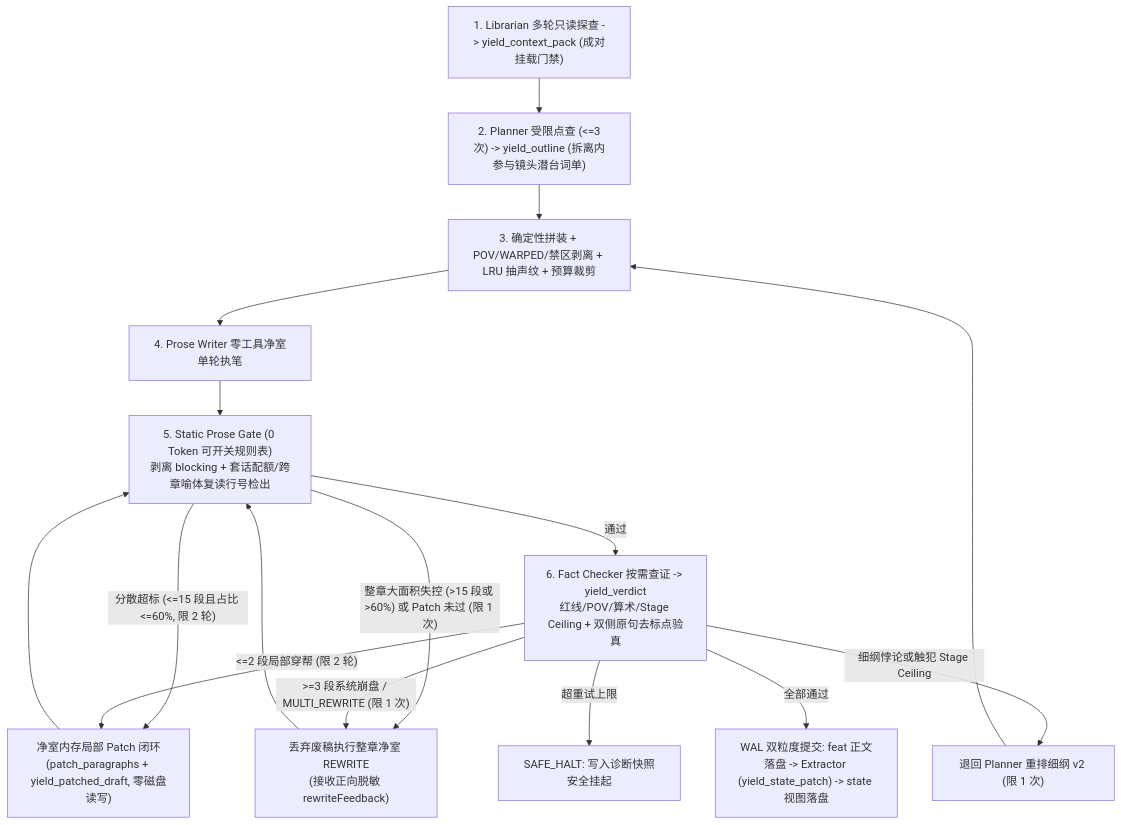
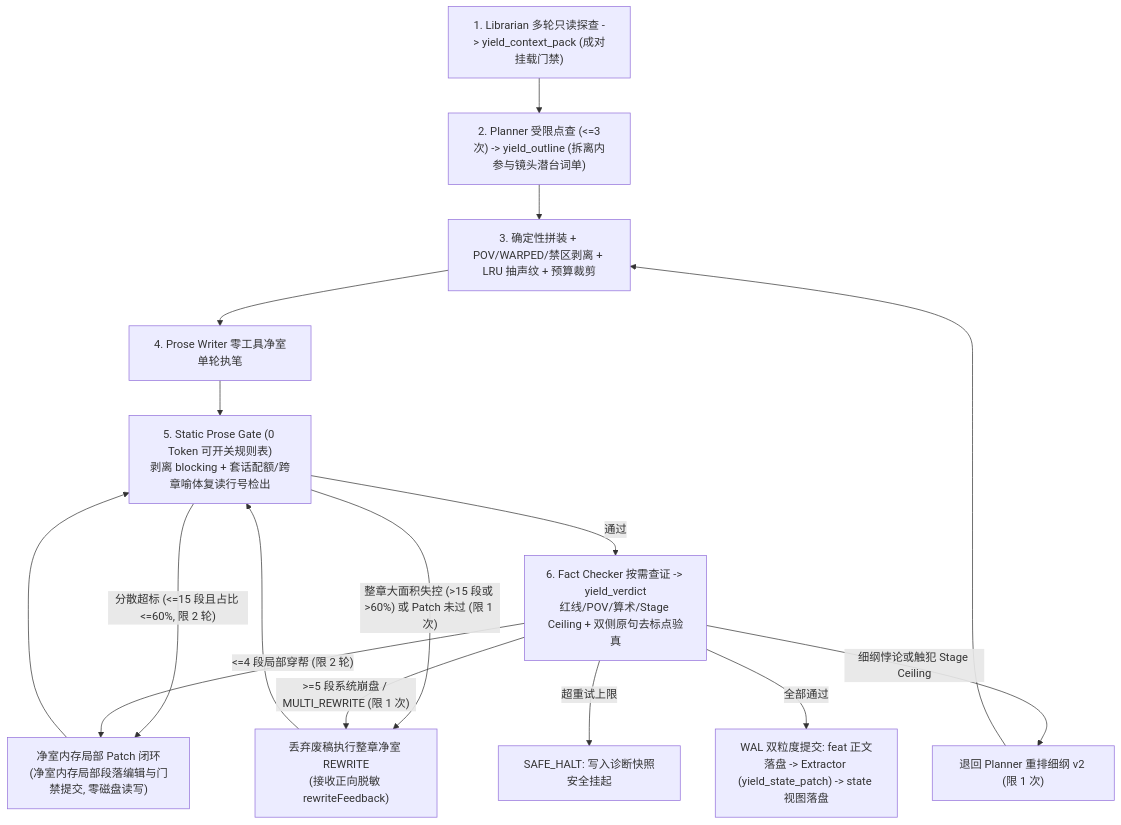
The second of 2 diagrams in docs/ARCHITECTURE.md (Liushenwuzhu-Alpaca/NarrateOS), drawn with Mermaid before and after one commit. The commit also changed other lines of this file and 22 other files, not shown here.

````diff
--- a/docs/ARCHITECTURE.md
+++ b/docs/ARCHITECTURE.md
@@ -239,18 +239,18 @@
 ```mermaid
 flowchart TD
     L["1. Librarian 多轮只读探查 -> yield_context_pack (成对挂载门禁)"] --> P["2. Planner 受限点查 (<=3次) -> yield_outline (拆离内参与镜头潜台词单)"]
     P --> K["3. 确定性拼装 + POV/WARPED/禁区剥离 + LRU 抽声纹 + 预算裁剪"]
     K --> W["4. Prose Writer 零工具净室单轮执笔"]
     W --> G["5. Static Prose Gate (0 Token 可开关规则表)<br/>剥离 blocking + 套话配额/跨章喻体复读行号检出"]
-    G -- "分散超标 (<=15 段且占比 <=60%, 限 2 轮)" --> Patch["净室内存局部 Patch 闭环<br/>(patch_paragraphs + yield_patched_draft, 零磁盘读写)"]
+    G -- "分散超标 (<=15 段且占比 <=60%, 限 2 轮)" --> Patch["净室内存局部 Patch 闭环<br/>(净室内存局部段落编辑与门禁提交, 零磁盘读写)"]
     G -- "整章大面积失控 (>15 段或 >60%) 或 Patch 未过 (限 1 次)" --> Rewrite["丢弃废稿执行整章净室 REWRITE<br/>(接收正向脱敏 rewriteFeedback)"]
     G -- "通过" --> C["6. Fact Checker 按需查证 -> yield_verdict<br/>红线/POV/算术/Stage Ceiling + 双侧原句去标点验真"]
-    C -- "<=2 段局部穿帮 (限 2 轮)" --> Patch
+    C -- "<=4 段局部穿帮 (限 2 轮)" --> Patch
     Patch --> G
-    C -- ">=3 段系统崩盘 / MULTI_REWRITE (限 1 次)" --> Rewrite
+    C -- ">=5 段系统崩盘 / MULTI_REWRITE (限 1 次)" --> Rewrite
     Rewrite --> G
     C -- "细纲悖论或触犯 Stage Ceiling" --> Replan["退回 Planner 重排细纲 v2 (限 1 次)"]
     Replan --> K
     C -- "超重试上限" --> Halt["SAFE_HALT: 写入诊断快照安全挂起"]
     C -- "全部通过" --> Commit["WAL 双粒度提交: feat 正文落盘 -> Extractor (yield_state_patch) -> state 视图落盘"]
 ```
````
